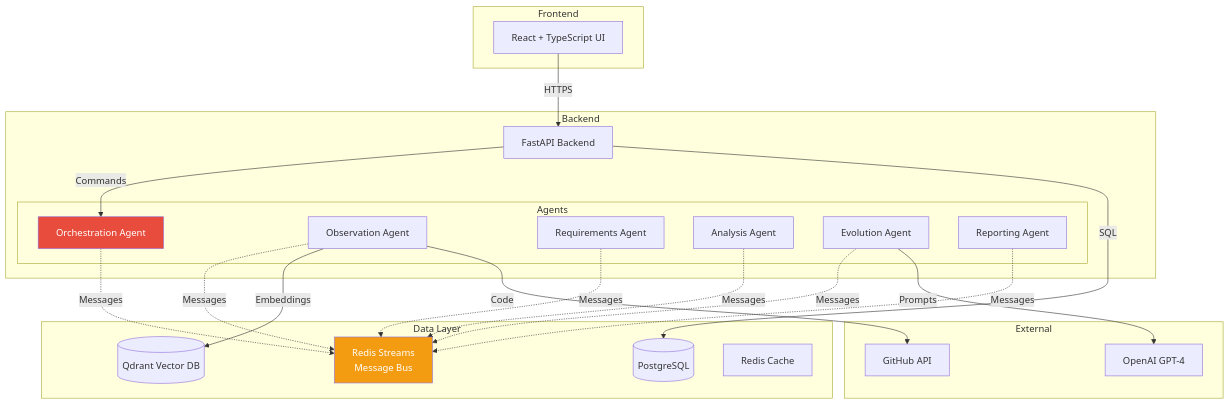
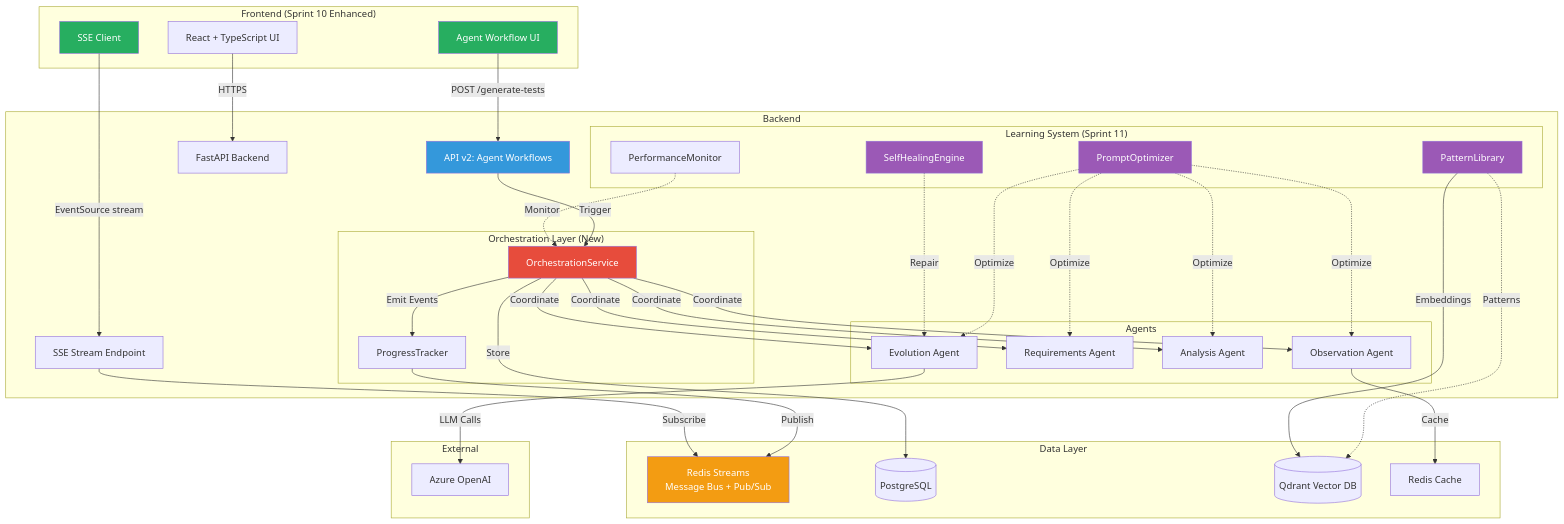
Before and after one commit to deencat/AI-Web-Test-v1: the second of 5 diagrams in Phase3-project-documents/Phase3-Architecture-Design-Complete.md, drawn with Mermaid. The commit also changed other lines of this file and 3 other files, not shown here.

````diff
--- a/Phase3-project-documents/Phase3-Architecture-Design-Complete.md
+++ b/Phase3-project-documents/Phase3-Architecture-Design-Complete.md
@@ -1106,49 +1222,85 @@
 ```mermaid
 graph TB
-    subgraph "Frontend"
+    subgraph "Frontend (Sprint 10 Enhanced)"
         UI[React + TypeScript UI]
+        AWF[Agent Workflow UI]
+        SSE[SSE Client]
     end
     
     subgraph "Backend"
         API[FastAPI Backend]
+        APIV2[API v2: Agent Workflows]
+        SSEEndpoint[SSE Stream Endpoint]
+        
+        subgraph "Orchestration Layer (New)"
+            Orch[OrchestrationService]
+            PT[ProgressTracker]
+        end
         
         subgraph "Agents"
-            Orch[Orchestration Agent]
             Obs[Observation Agent]
             Req[Requirements Agent]
             Ana[Analysis Agent]
             Evo[Evolution Agent]
-            Rep[Reporting Agent]
+        end
+        
+        subgraph "Learning System (Sprint 11)"
+            PO[PromptOptimizer]
+            PL[PatternLibrary]
+            SH[SelfHealingEngine]
+            PM[PerformanceMonitor]
         end
     end
     
     subgraph "Data Layer"
-        Bus[Redis Streams<br/>Message Bus]
+        Bus[Redis Streams<br/>Message Bus + Pub/Sub]
         DB[(PostgreSQL)]
         VDB[(Qdrant Vector DB)]
         Cache[Redis Cache]
     end
     
     subgraph "External"
-        LLM[OpenAI GPT-4]
-        GH[GitHub API]
+        LLM[Azure OpenAI]
     end
     
+    %% Frontend connections
     UI -->|HTTPS| API
-    API -->|Commands| Orch
+    AWF -->|POST /generate-tests| APIV2
+    SSE -->|EventSource stream| SSEEndpoint
     
-    Orch -.->|Messages| Bus
-    Obs -.->|Messages| Bus
-    Req -.->|Messages| Bus
-    Ana -.->|Messages| Bus
-    Evo -.->|Messages| Bus
-    Rep -.->|Messages| Bus
+    %% Backend orchestration
+    APIV2 -->|Trigger| Orch
+    Orch -->|Coordinate| Obs
+    Orch -->|Coordinate| Req
+    Orch -->|Coordinate| Ana
+    Orch -->|Coordinate| Evo
     
-    API -->|SQL| DB
-    Obs -->|Embeddings| VDB
-    Evo -->|Prompts| LLM
-    Obs -->|Code| GH
+    %% Progress tracking
+    Orch -->|Emit Events| PT
+    PT -->|Publish| Bus
+    SSEEndpoint -->|Subscribe| Bus
     
+    %% Learning system (Sprint 11)
+    PO -.->|Optimize| Obs
+    PO -.->|Optimize| Req
+    PO -.->|Optimize| Ana
+    PO -.->|Optimize| Evo
+    PL -.->|Patterns| VDB
+    SH -.->|Repair| Evo
+    PM -.->|Monitor| Orch
+    
+    %% Data connections
+    Orch -->|Store| DB
+    Obs -->|Cache| Cache
+    PL -->|Embeddings| VDB
+    Evo -->|LLM Calls| LLM
+    
+    style AWF fill:#27AE60,color:#fff
+    style SSE fill:#27AE60,color:#fff
+    style APIV2 fill:#3498DB,color:#fff
+    style Orch fill:#E74C3C,color:#fff
     style Bus fill:#F39C12,color:#fff
-    style Orch fill:#E74C3C,color:#fff
+    style PO fill:#9B59B6,color:#fff
+    style PL fill:#9B59B6,color:#fff
+    style SH fill:#9B59B6,color:#fff
 ```
````
